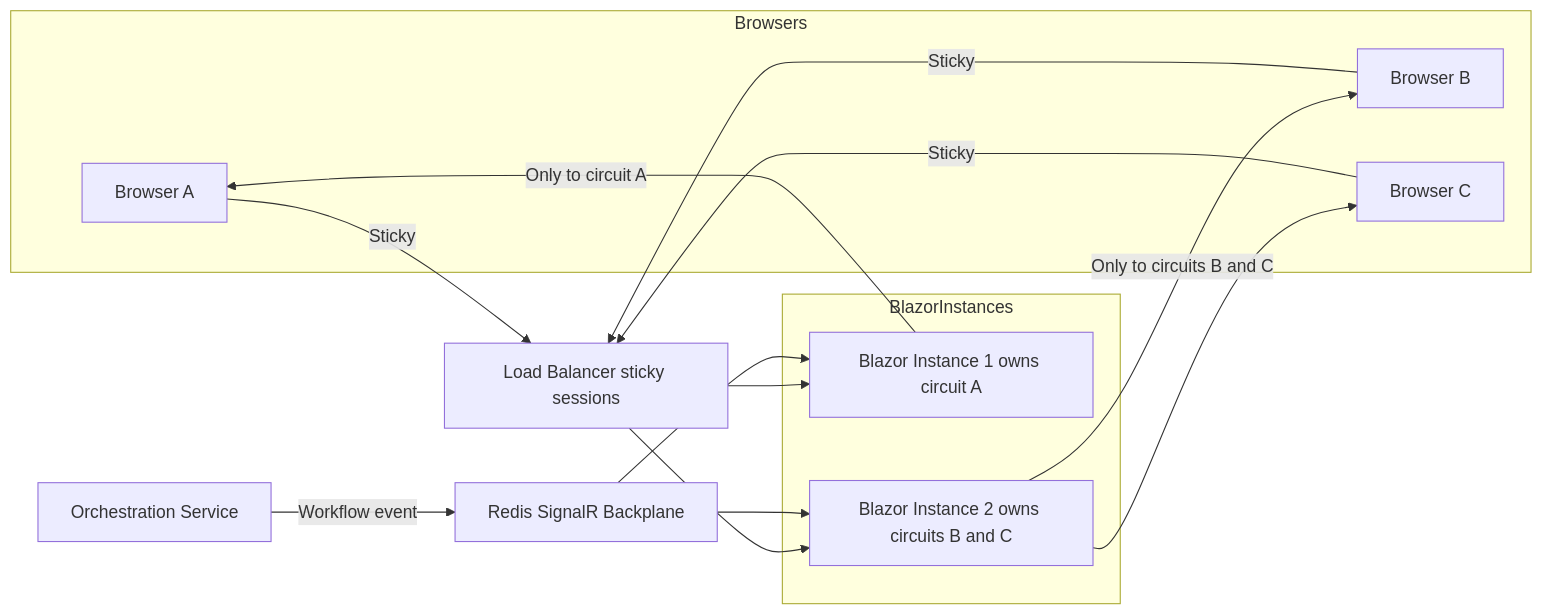
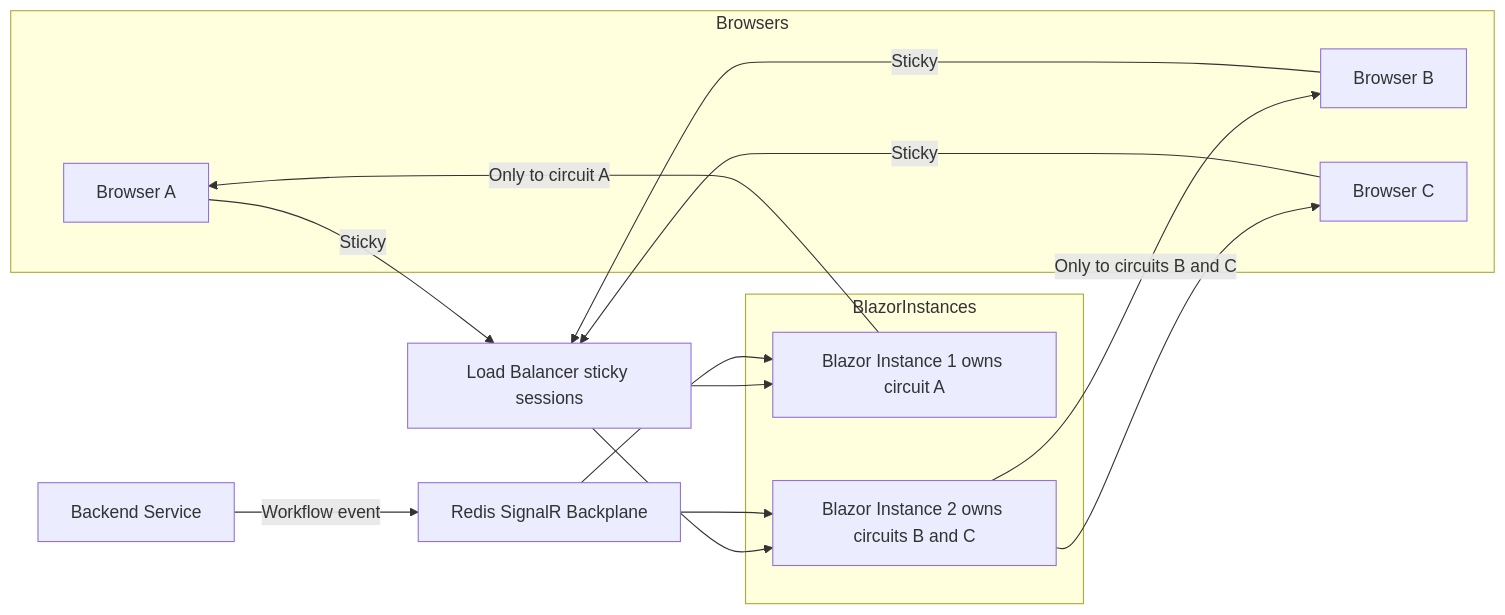
One commit to FelixKlakow/Auxilia changed the ninth of 12 diagrams in ARCHITECTURE.md. Above: the diagram before and after it, drawn with Mermaid. The commit also changed other lines of this file and 5 other files, not shown here.

Commit message:
fix: Updated architectural documents

````diff
--- a/ARCHITECTURE.md
+++ b/ARCHITECTURE.md
@@ -627,26 +686,26 @@
 ```mermaid
 graph LR
     subgraph Browsers
         B1[Browser A]
         B2[Browser B]
         B3[Browser C]
     end
     LB[Load Balancer sticky sessions]
     subgraph BlazorInstances
         BS1[Blazor Instance 1 owns circuit A]
         BS2[Blazor Instance 2 owns circuits B and C]
     end
     BACKPLANE[Redis SignalR Backplane]
-    ORCH[Orchestration Service]
+    BE[Backend Service]
     B1 -->|Sticky| LB
     B2 -->|Sticky| LB
     B3 -->|Sticky| LB
     LB --> BS1
     LB --> BS2
-    ORCH -->|Workflow event| BACKPLANE
+    BE -->|Workflow event| BACKPLANE
     BACKPLANE --> BS1
     BACKPLANE --> BS2
     BS1 -->|Only to circuit A| B1
     BS2 -->|Only to circuits B and C| B2
     BS2 --> B3
 ```
````
